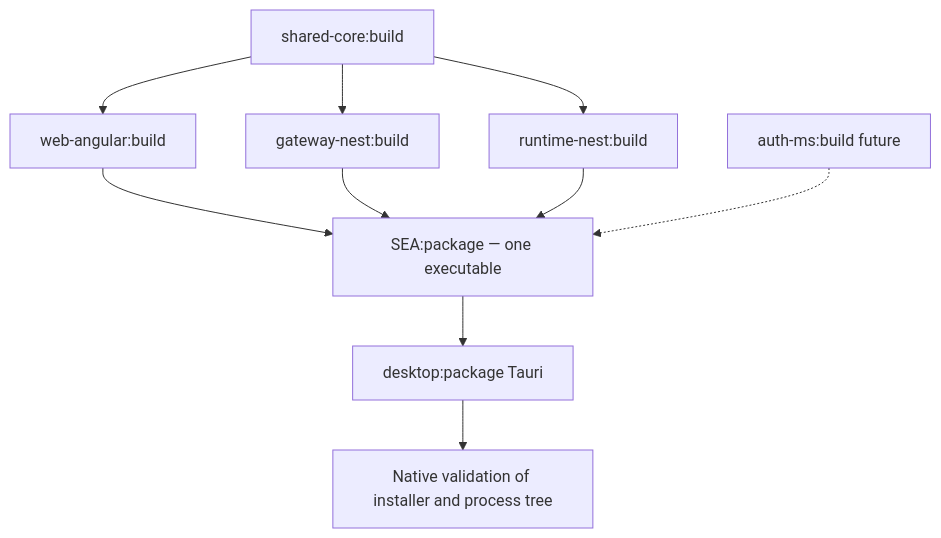
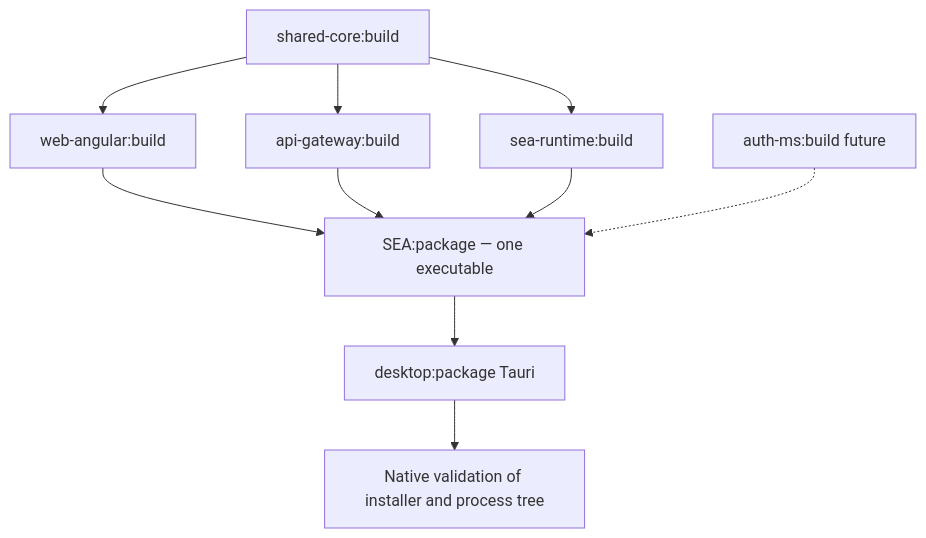
Before and after one commit to virgenherrera/lan-solution-template: the second of 15 diagrams in docs/requirements/11-nx-quality-testing.md, drawn with Mermaid. The commit also changed other lines of this file and 59 other files, not shown here.

Commit message:
feat: POC-1 monorepo, Nest apps and one SEA sidecar (1a to 1c) (#4)

````diff
--- a/docs/requirements/11-nx-quality-testing.md
+++ b/docs/requirements/11-nx-quality-testing.md
@@ -92,12 +92,12 @@
 ```mermaid
 flowchart TD
     Shared["shared-core:build"] --> Web["web-angular:build"]
-    Shared --> Nest["gateway-nest:build"]
-    Shared --> Runtime["runtime-nest:build"]
+    Shared --> Nest["api-gateway:build"]
+    Shared --> Runtime["sea-runtime:build"]
     Web --> SEA["SEA:package — one executable"]
     Nest --> SEA
     Runtime --> SEA
     Future["auth-ms:build future"] -.-> SEA
     SEA --> Desktop["desktop:package Tauri"]
     Desktop --> Smoke[Native validation of installer and process tree]
 ```
````
